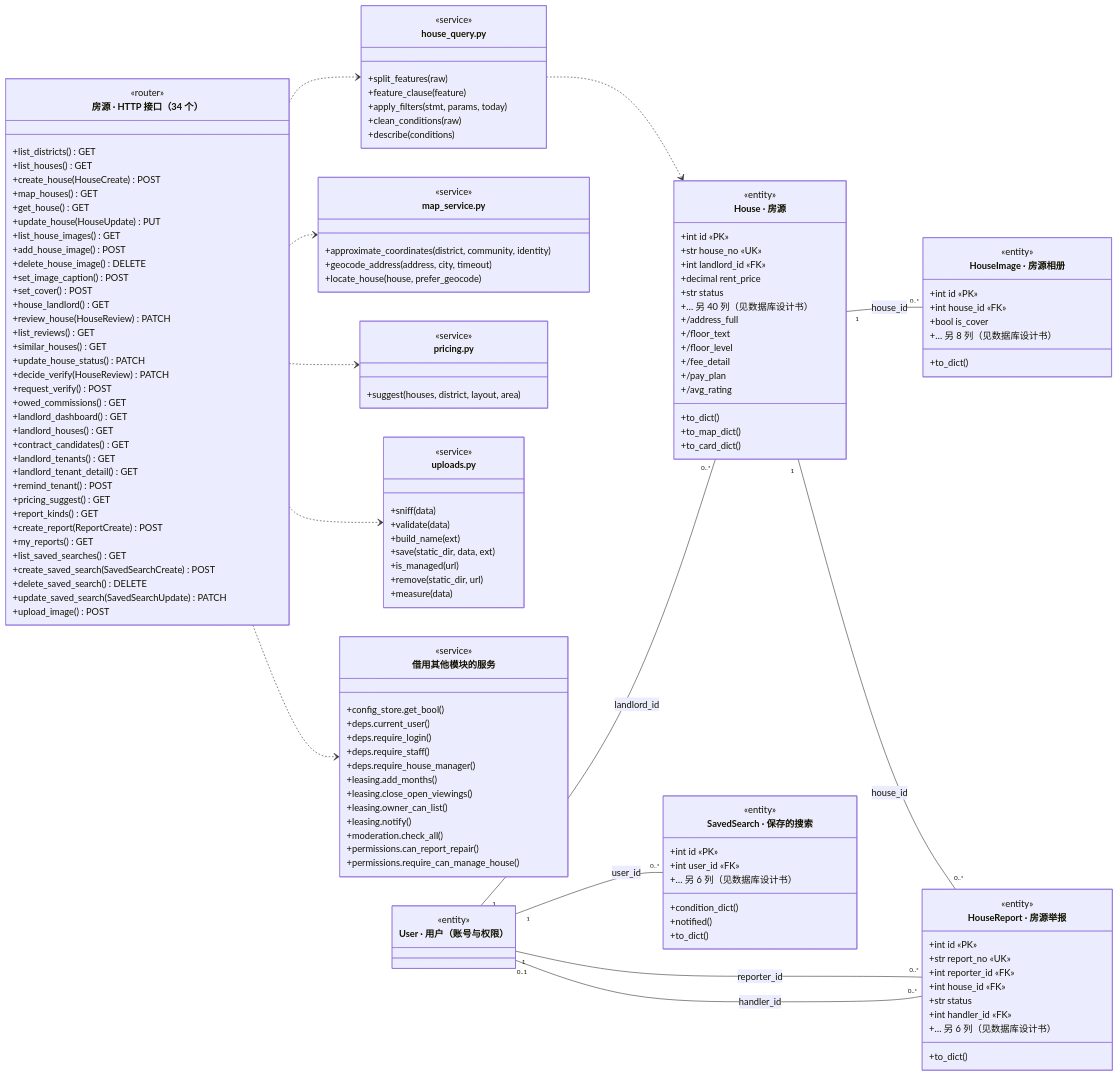
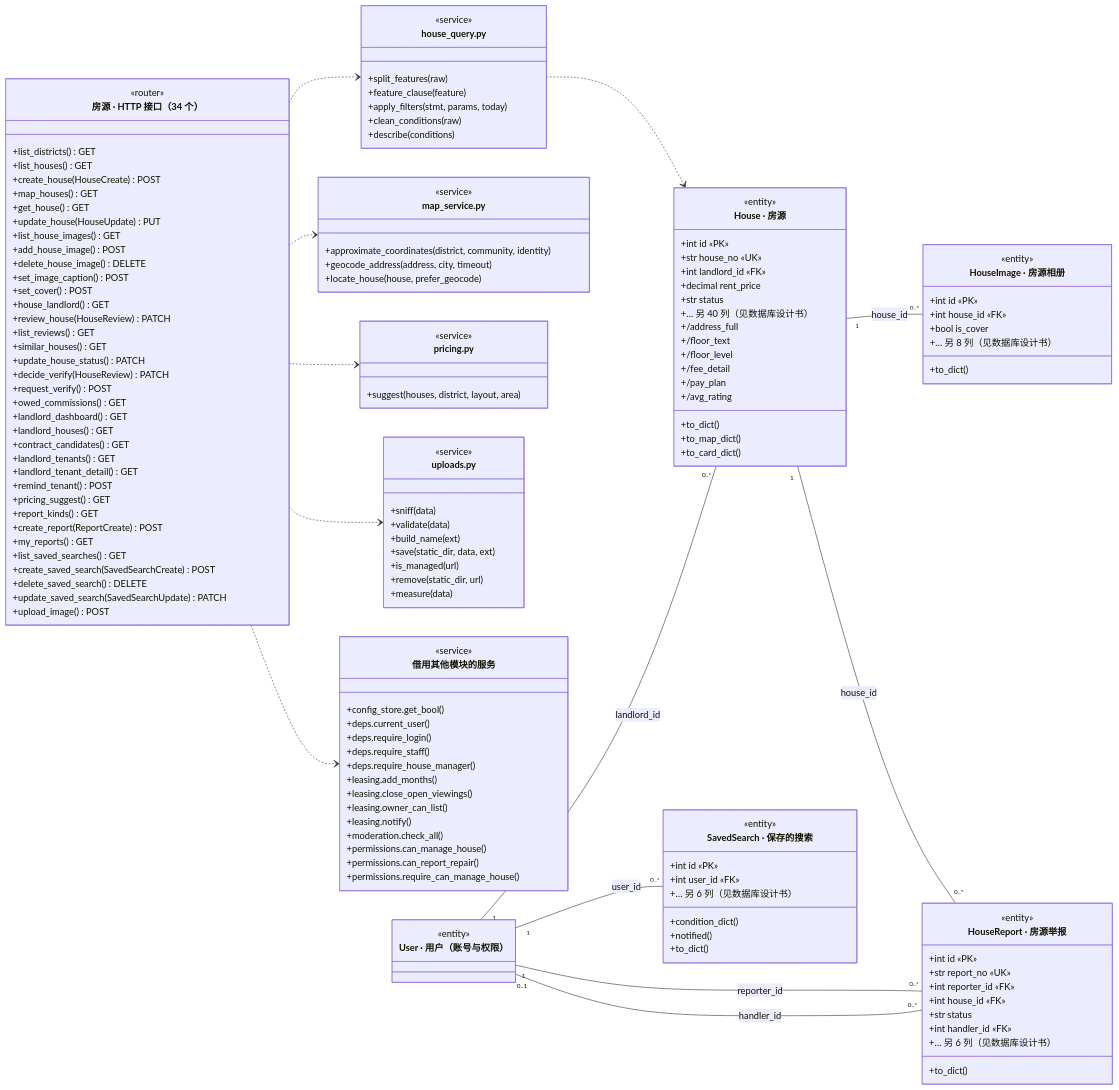
The diagram in docs/图/class_house.mmd (A107586/ai-house-rental), drawn with Mermaid before and after one commit. The commit also changed 23 other files, not shown here.

```diff
--- a/docs/图/class_house.mmd
+++ b/docs/图/class_house.mmd
@@ -1,142 +1,143 @@
 classDiagram
     direction LR
     class Api["房源 · HTTP 接口（34 个）"] {
         <<router>>
         +list_districts() GET
         +list_houses() GET
         +create_house(HouseCreate) POST
         +map_houses() GET
         +get_house() GET
         +update_house(HouseUpdate) PUT
         +list_house_images() GET
         +add_house_image() POST
         +delete_house_image() DELETE
         +set_image_caption() POST
         +set_cover() POST
         +house_landlord() GET
         +review_house(HouseReview) PATCH
         +list_reviews() GET
         +similar_houses() GET
         +update_house_status() PATCH
         +decide_verify(HouseReview) PATCH
         +request_verify() POST
         +owed_commissions() GET
         +landlord_dashboard() GET
         +landlord_houses() GET
         +contract_candidates() GET
         +landlord_tenants() GET
         +landlord_tenant_detail() GET
         +remind_tenant() POST
         +pricing_suggest() GET
         +report_kinds() GET
         +create_report(ReportCreate) POST
         +my_reports() GET
         +list_saved_searches() GET
         +create_saved_search(SavedSearchCreate) POST
         +delete_saved_search() DELETE
         +update_saved_search(SavedSearchUpdate) PATCH
         +upload_image() POST
     }
     class m_house_query["house_query.py"] {
         <<service>>
         +split_features(raw)
         +feature_clause(feature)
         +apply_filters(stmt, params, today)
         +clean_conditions(raw)
         +describe(conditions)
     }
     Api ..> m_house_query
     class m_map_service["map_service.py"] {
         <<service>>
         +approximate_coordinates(district, community, identity)
         +geocode_address(address, city, timeout)
         +locate_house(house, prefer_geocode)
     }
     Api ..> m_map_service
     class m_pricing["pricing.py"] {
         <<service>>
         +suggest(houses, district, layout, area)
     }
     Api ..> m_pricing
     class m_uploads["uploads.py"] {
         <<service>>
         +sniff(data)
         +validate(data)
         +build_name(ext)
         +save(static_dir, data, ext)
         +is_managed(url)
         +remove(static_dir, url)
         +measure(data)
     }
     Api ..> m_uploads
     class m_shared["借用其他模块的服务"] {
         <<service>>
         +config_store.get_bool()
         +deps.current_user()
         +deps.require_login()
         +deps.require_staff()
         +deps.require_house_manager()
         +leasing.add_months()
         +leasing.close_open_viewings()
         +leasing.owner_can_list()
         +leasing.notify()
         +moderation.check_all()
+        +permissions.can_manage_house()
         +permissions.can_report_repair()
         +permissions.require_can_manage_house()
     }
     Api ..> m_shared
     class House["House · 房源"] {
         <<entity>>
         +int id «PK»
         +str house_no «UK»
         +int landlord_id «FK»
         +decimal rent_price
         +str status
         +… 另 40 列（见数据库设计书）
         +to_dict()
         +to_map_dict()
         +to_card_dict()
         +/address_full
         +/floor_text
         +/floor_level
         +/fee_detail
         +/pay_plan
         +/avg_rating
     }
     class HouseImage["HouseImage · 房源相册"] {
         <<entity>>
         +int id «PK»
         +int house_id «FK»
         +bool is_cover
         +… 另 8 列（见数据库设计书）
         +to_dict()
     }
     class SavedSearch["SavedSearch · 保存的搜索"] {
         <<entity>>
         +int id «PK»
         +int user_id «FK»
         +… 另 6 列（见数据库设计书）
         +condition_dict()
         +notified()
         +to_dict()
     }
     class HouseReport["HouseReport · 房源举报"] {
         <<entity>>
         +int id «PK»
         +str report_no «UK»
         +int reporter_id «FK»
         +int house_id «FK»
         +str status
         +int handler_id «FK»
         +… 另 6 列（见数据库设计书）
         +to_dict()
     }
     class User["User · 用户（账号与权限）"]
     <<entity>> User
     User "1" -- "0..*" House : landlord_id
     House "1" -- "0..*" HouseImage : house_id
     User "1" -- "0..*" SavedSearch : user_id
     User "1" -- "0..*" HouseReport : reporter_id
     House "1" -- "0..*" HouseReport : house_id
     User "0..1" -- "0..*" HouseReport : handler_id
     m_house_query ..> House
```
